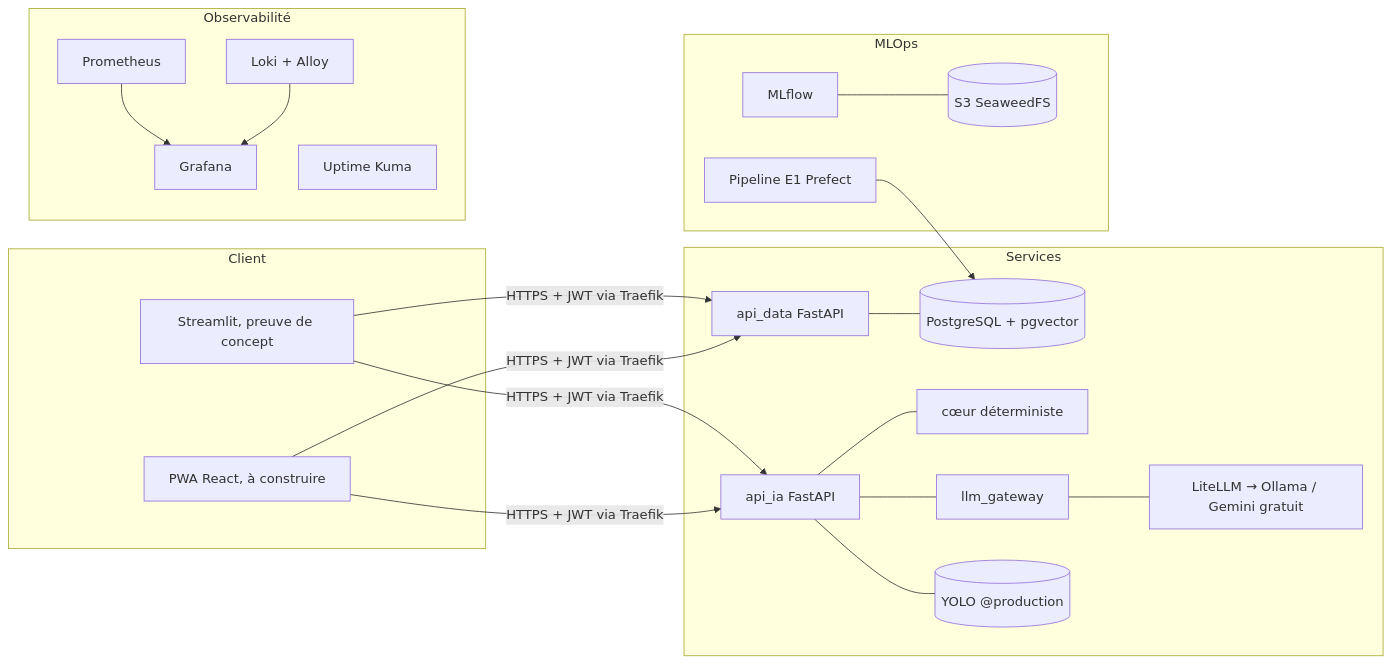
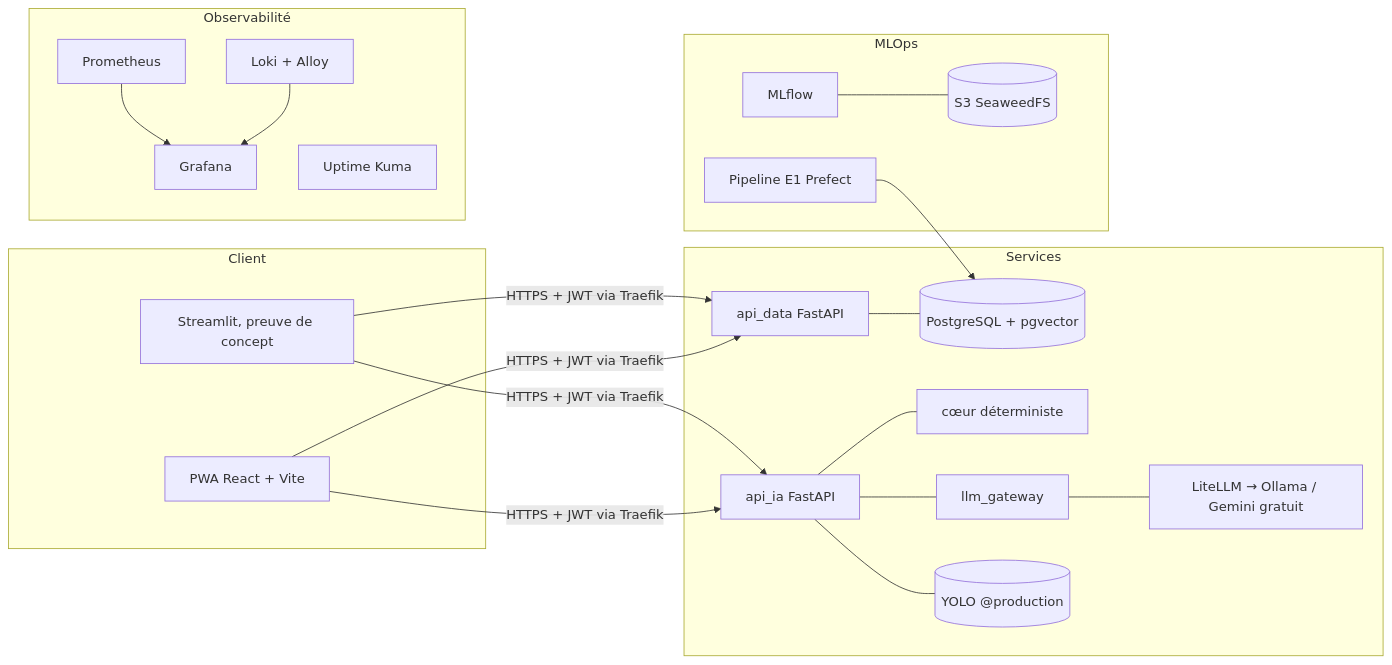
Before and after one commit to gprodi/PCO: the third of 4 diagrams in microforge/docs/E4/architecture.md, drawn with Mermaid. The commit also changed other lines of this file and 45 other files, not shown here.

First line of the commit message:
PWA React + Vite branchée sur les deux API, servie par nginx derrière Traefik

````diff
--- a/microforge/docs/E4/architecture.md
+++ b/microforge/docs/E4/architecture.md
@@ -74,20 +76,20 @@
 ```mermaid
 flowchart LR
   subgraph Client
-    ST[Streamlit, preuve de concept] & PWA[PWA React, à construire]
+    PWA[PWA React + Vite] & ST[Streamlit, preuve de concept]
   end
   subgraph Services
     DATA[api_data FastAPI] --- PG[(PostgreSQL + pgvector)]
     IA[api_ia FastAPI] --- CORE[cœur déterministe]
     IA --- GW[llm_gateway] --- LLM[LiteLLM → Ollama / Gemini gratuit]
     IA --- MODEL[(YOLO @production)]
   end
   subgraph MLOps
     MLF[MLflow] --- S3[(S3 SeaweedFS)]
     PIPE[Pipeline E1 Prefect] --> PG
   end
   subgraph Observabilité
     PROM[Prometheus] --> GRAF[Grafana] ; LOKI[Loki + Alloy] --> GRAF ; KUMA[Uptime Kuma]
   end
   ST & PWA -->|HTTPS + JWT via Traefik| DATA & IA
 ```
````
